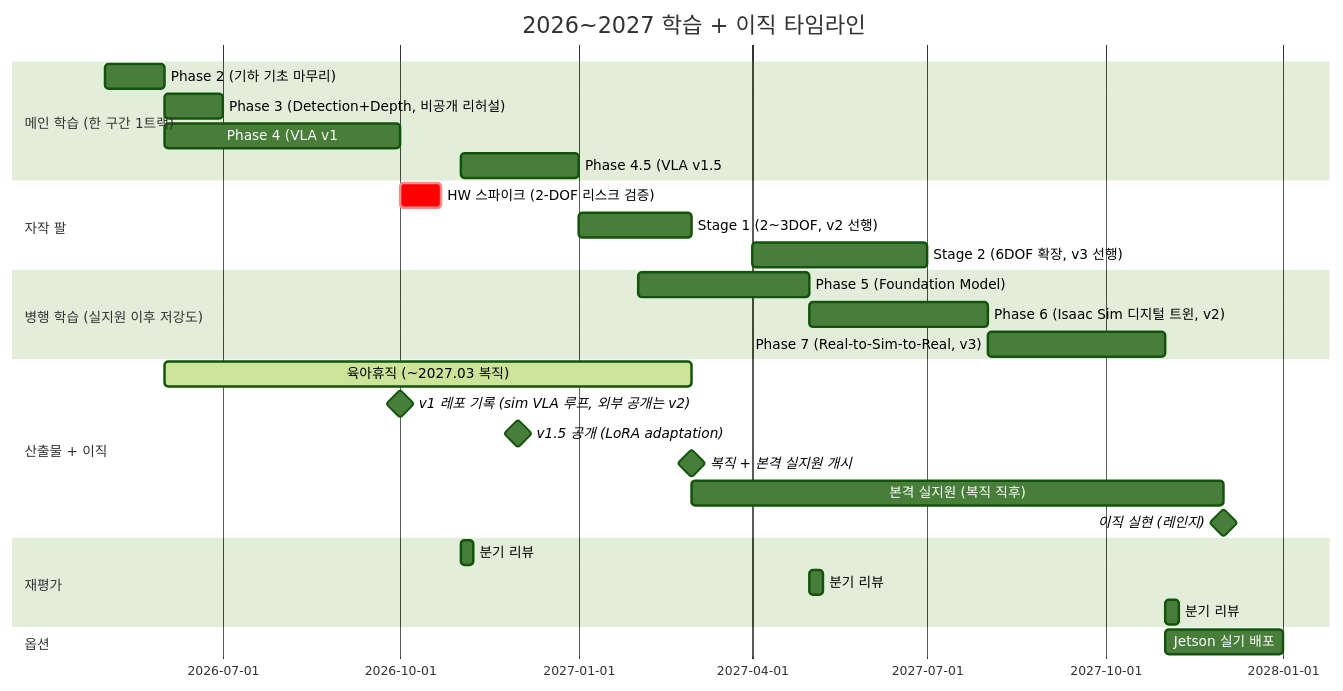
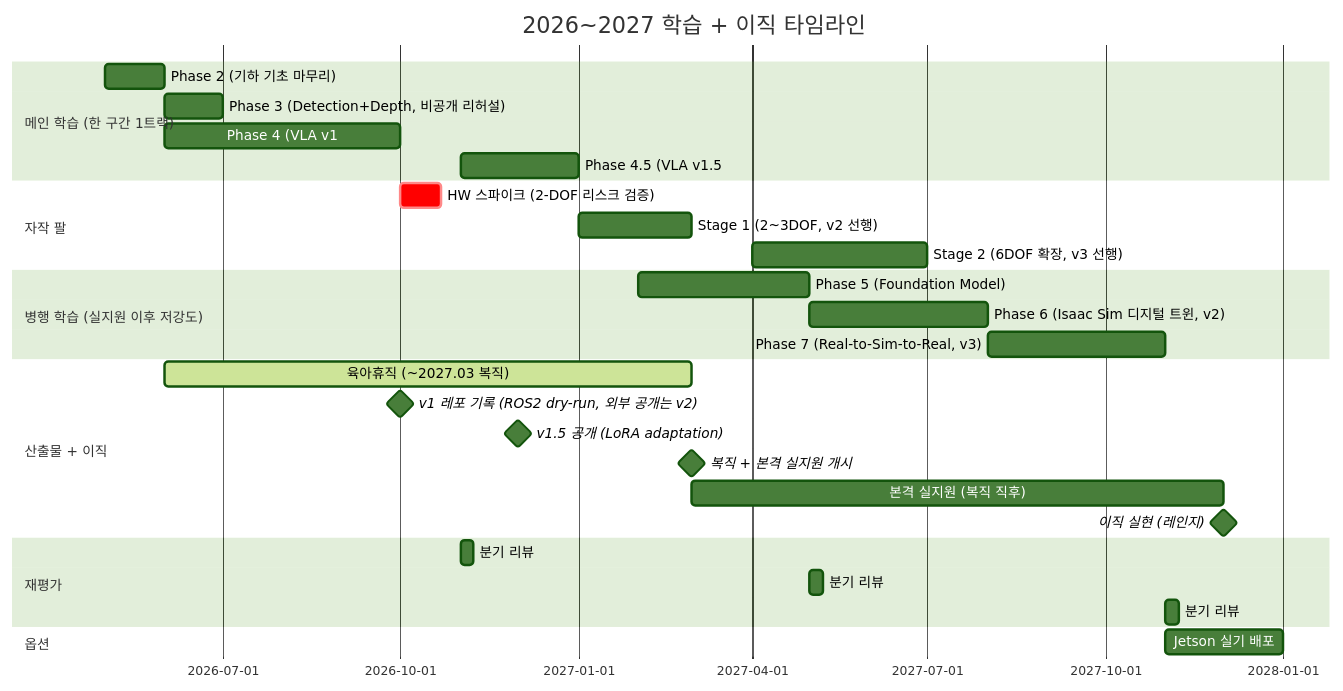
The diagram in README.md (tylee-yeonge/physical-ai-study), drawn with Mermaid (forest theme) before and after one commit. The commit also changed other lines of this file and 3 other files, not shown here.

````diff
--- a/README.md
+++ b/README.md
@@ -49,31 +49,31 @@
 ```mermaid
 gantt
     title 2026~2027 학습 + 이직 타임라인
     dateFormat YYYY-MM
     section 메인 학습 (한 구간 1트랙)
     Phase 2 (기하 기초 마무리) :a1, 2026-05, 1M
     Phase 3 (Detection+Depth, 비공개 리허설) :a2, 2026-06, 1M
     Phase 4 (VLA v1: zero-shot 추론 + ROS2) :a3, 2026-06, 4M
     Phase 4.5 (VLA v1.5: LoRA adaptation) :a35, 2026-11, 2M
     section 자작 팔
     HW 스파이크 (2-DOF 리스크 검증) :crit, h0, 2026-10, 3w
     Stage 1 (2~3DOF, v2 선행) :h1, 2027-01, 2M
     Stage 2 (6DOF 확장, v3 선행) :h2, 2027-04, 3M
     section 병행 학습 (실지원 이후 저강도)
     Phase 5 (Foundation Model) :a4, 2027-02, 3M
     Phase 6 (Isaac Sim 디지털 트윈, v2) :a5, 2027-05, 3M
     Phase 7 (Real-to-Sim-to-Real, v3) :a6, 2027-08, 3M
     section 산출물 + 이직
     육아휴직 (~2027.03 복직) :active, leave, 2026-06, 9M
-    v1 레포 기록 (sim VLA 루프, 외부 공개는 v2) :milestone, d1, 2026-10, 0d
+    v1 레포 기록 (ROS2 dry-run, 외부 공개는 v2) :milestone, d1, 2026-10, 0d
     v1.5 공개 (LoRA adaptation) :milestone, d15, 2026-12, 0d
     복직 + 본격 실지원 개시 :milestone, d3, 2027-03, 0d
     본격 실지원 (복직 직후) :b2, 2027-03, 9M
     이직 실현 (레인지) :milestone, d2, 2027-12, 0d
     section 재평가
     분기 리뷰 :rev1, 2026-11, 1w
     분기 리뷰 :rev2, 2027-05, 1w
     분기 리뷰 :rev3, 2027-11, 1w
     section 옵션
     Jetson 실기 배포 :opt, 2027-11, 2M
 ```
````
